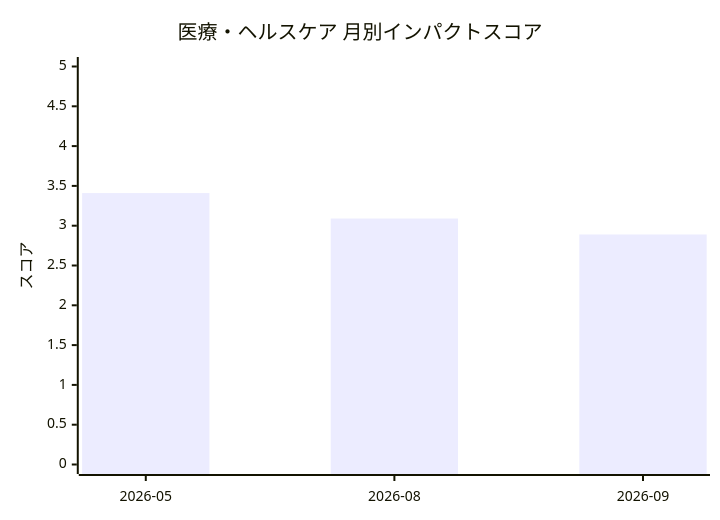
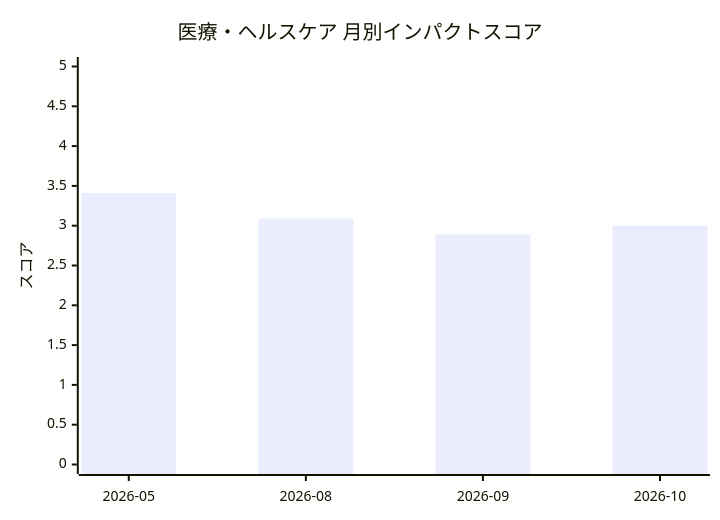
One commit to devaise-support/ai-research changed the diagram in knowledge/industry-impact/healthcare.md. Above: the diagram before and after it, drawn with Mermaid. The commit also changed other lines of this file and 14 other files, not shown here.

````diff
--- a/knowledge/industry-impact/healthcare.md
+++ b/knowledge/industry-impact/healthcare.md
@@ -7,7 +7,7 @@
 ```mermaid
 xychart-beta
   title "医療・ヘルスケア 月別インパクトスコア"
-  x-axis [2026-05, 2026-08, 2026-09]
+  x-axis [2026-05, 2026-08, 2026-09, 2026-10]
   y-axis "スコア" 0 --> 5
-  bar [3.41, 3.09, 2.89]
+  bar [3.41, 3.09, 2.89, 3.0]
 ```
````
